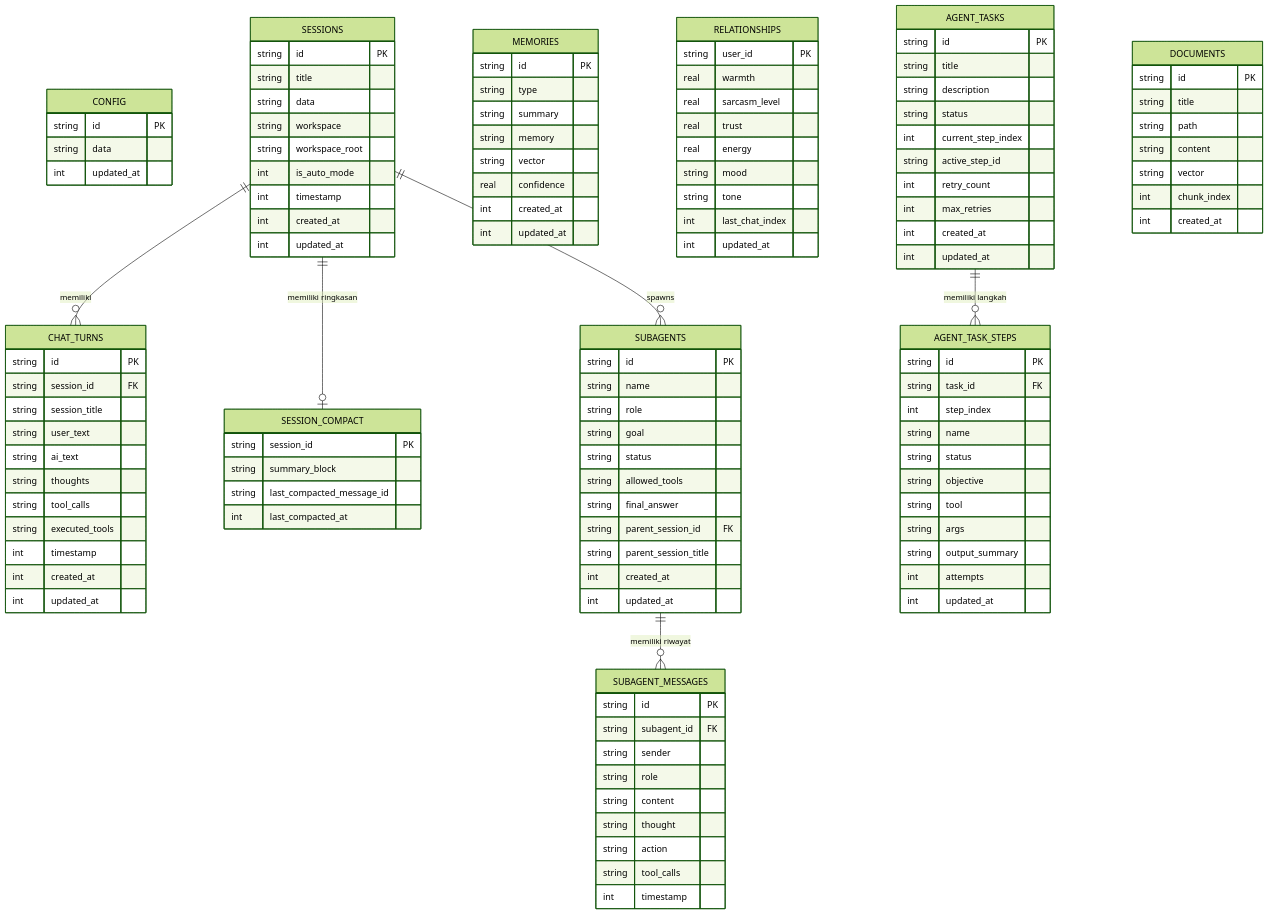
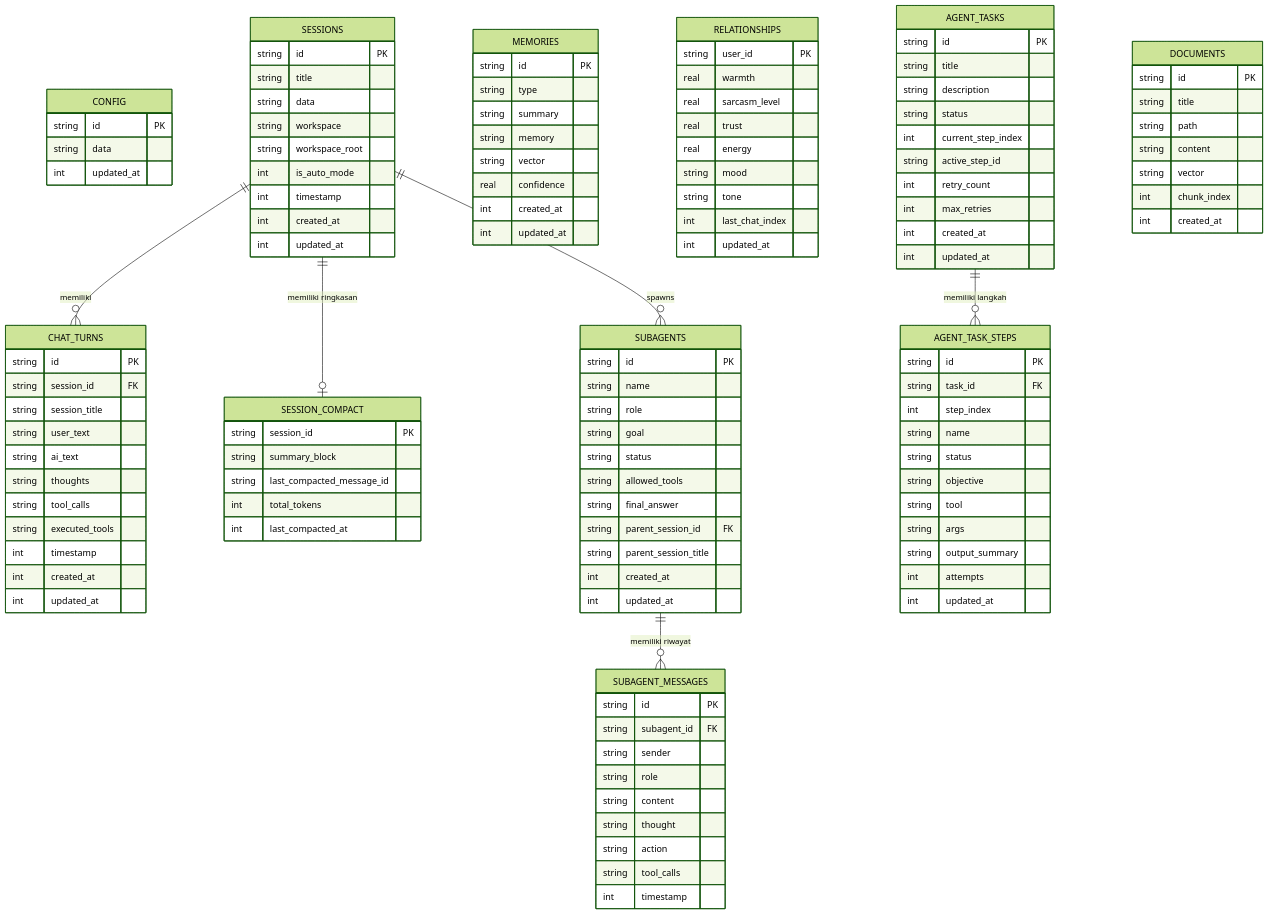
Before and after one commit to Mazees/mark-agent: the diagram in docs/02-architecture/state-and-database.md, drawn with Mermaid (forest theme). The commit also changed other lines of this file and 13 other files, not shown here.

```diff
--- a/docs/02-architecture/state-and-database.md
+++ b/docs/02-architecture/state-and-database.md
@@ -68,6 +68,7 @@
         string session_id PK
         string summary_block
         string last_compacted_message_id
+        int total_tokens
         int last_compacted_at
     }
 
```
